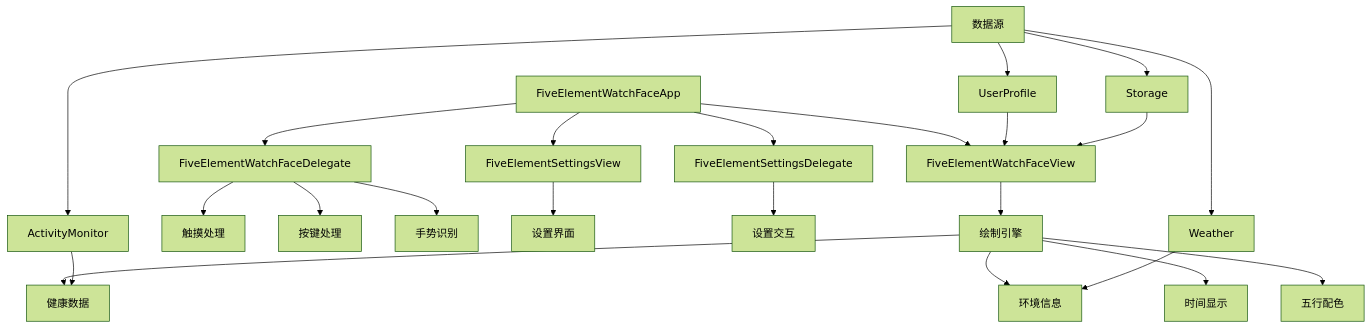
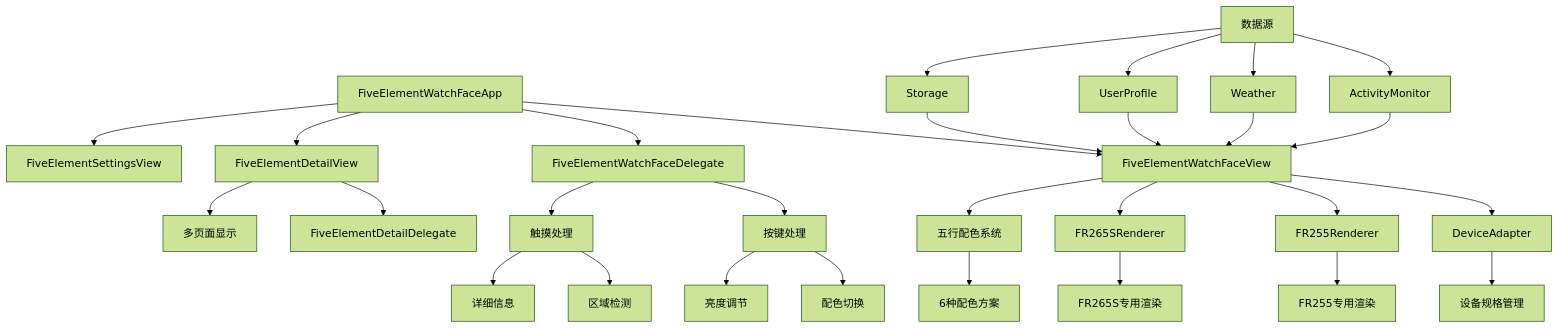
Before and after one commit to troychn/fiveColorGarmin: the diagram in README.md, drawn with Mermaid (forest theme). The commit also changed other lines of this file and 7 other files, not shown here.

````diff
--- a/README.md
+++ b/README.md
@@ -127,30 +174,38 @@
 ```mermaid
 graph TB
     A[FiveElementWatchFaceApp] --> B[FiveElementWatchFaceView]
     A --> C[FiveElementWatchFaceDelegate]
-    A --> D[FiveElementSettingsView]
-    A --> E[FiveElementSettingsDelegate]
-    
-    B --> F[绘制引擎]
-    F --> G[时间显示]
-    F --> H[健康数据]
-    F --> I[环境信息]
-    F --> J[五行配色]
-    
+    A --> D[FiveElementDetailView]
+    A --> E[FiveElementSettingsView]
+  
+    B --> F[DeviceAdapter]
+    B --> G[FR255Renderer]
+    B --> H[FR265SRenderer]
+    B --> I[五行配色系统]
+  
+    C --> J[按键处理]
     C --> K[触摸处理]
-    C --> L[按键处理]
-    C --> M[手势识别]
-    
-    D --> N[设置界面]
-    E --> O[设置交互]
-    
-    P[数据源] --> Q[ActivityMonitor]
-    P --> R[Weather]
-    P --> S[UserProfile]
-    P --> T[Storage]
-    
-    Q --> H
-    R --> I
-    S --> B
-    T --> B
+  
+    D --> L[FiveElementDetailDelegate]
+    D --> M[多页面显示]
+  
+    F --> N[设备规格管理]
+    G --> O[FR255专用渲染]
+    H --> P[FR265S专用渲染]
+    I --> Q[6种配色方案]
+  
+    J --> R[配色切换]
+    J --> S[亮度调节]
+    K --> T[区域检测]
+    K --> U[详细信息]
+  
+    V[数据源] --> W[ActivityMonitor]
+    V --> X[Weather]
+    V --> Y[UserProfile]
+    V --> Z[Storage]
+  
+    W --> B
+    X --> B
+    Y --> B
+    Z --> B
 ```
````
